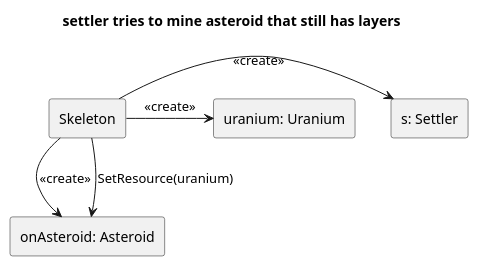
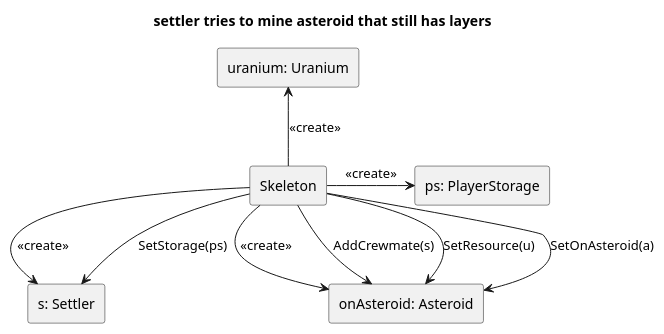
Before and after one commit to triszt4n/projlab_holy_oil: the diagram in uml/plantuml/settler tries to mine asteroid that still has layers/settler tries to mine asteroid that still has layers init.plantuml, drawn with PlantUML. The commit also changed 11 other files, not shown here.

```diff
--- a/uml/plantuml/settler tries to mine asteroid that still has layers/settler tries to mine asteroid that still has layers init.plantuml
+++ b/uml/plantuml/settler tries to mine asteroid that still has layers/settler tries to mine asteroid that still has layers init.plantuml
@@ -1,19 +1,24 @@
 @startuml
 
 skinparam SequenceLifeLineBackgroundColor LightYellow
 
 title "settler tries to mine asteroid that still has layers"
 
 rectangle "s: Settler" as settler
 rectangle "onAsteroid: Asteroid" as onAsteroid
 rectangle "uranium: Uranium" as uranium
 rectangle "Skeleton" as skeleton
+rectangle "ps: PlayerStorage" as storage
 
 skeleton->settler : <<create>>
 skeleton->onAsteroid: <<create>>
-skeleton->uranium: <<create>>
+skeleton-up->uranium: <<create>>
+skeleton->storage: <<create>>
 
-skeleton-down->onAsteroid: SetResource(uranium)
+skeleton-down->onAsteroid: SetResource(u)
+skeleton->onAsteroid: AddCrewmate(s)
+skeleton-down->onAsteroid: SetOnAsteroid(a)
+skeleton-up->settler: SetStorage(ps)
 
 
 @enduml
```
